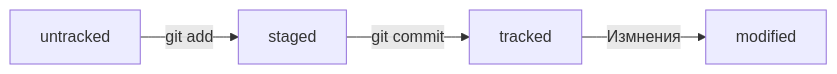
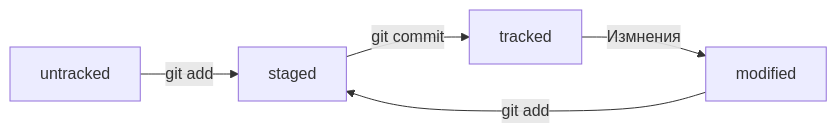
Before and after one commit to dranichka/practicum: the diagram in readme.md, drawn with Mermaid.

Commit message:
Исправлена схема ЖЦ

````diff
--- a/readme.md
+++ b/readme.md
@@ -60,6 +60,7 @@
 ```mermaid
 graph LR;
 untracked -- "git add" --> staged;
 staged -- "git commit" --> tracked;
 tracked -- "Измнения" --> modified;
+modified -- "git add" --> staged;
 ```
````
